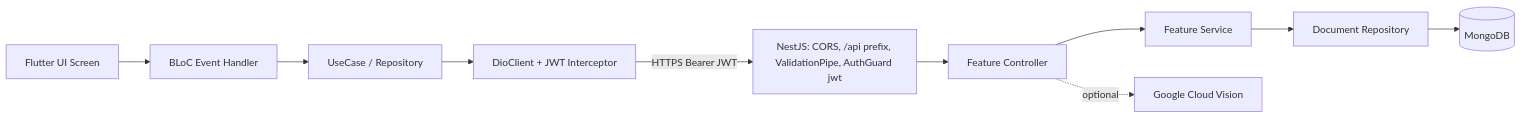
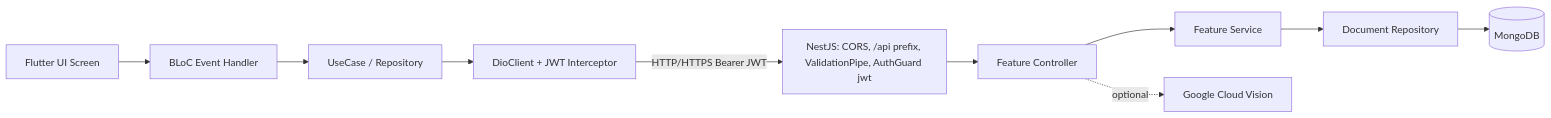
The first of 2 diagrams in ARCHITECTURE.md (blitzy-public-samples/pantry-chef-traditional), drawn with Mermaid before and after one commit. The commit also changed other lines of this file and 12 other files, not shown here.

````diff
--- a/ARCHITECTURE.md
+++ b/ARCHITECTURE.md
@@ -192,12 +193,12 @@
 ```mermaid
 flowchart LR
     UI[Flutter UI Screen] --> BLoC[BLoC Event Handler]
     BLoC --> UC[UseCase / Repository]
     UC --> DIO[DioClient + JWT Interceptor]
-    DIO -->|HTTPS Bearer JWT| API[NestJS: CORS, /api prefix, ValidationPipe, AuthGuard jwt]
+    DIO -->|HTTP/HTTPS Bearer JWT| API[NestJS: CORS, /api prefix, ValidationPipe, AuthGuard jwt]
     API --> CTRL[Feature Controller]
     CTRL --> SVC[Feature Service]
     SVC --> REPO[Document Repository]
     REPO --> DB[(MongoDB)]
     CTRL -. optional .-> GCV[Google Cloud Vision]
 ```
````
